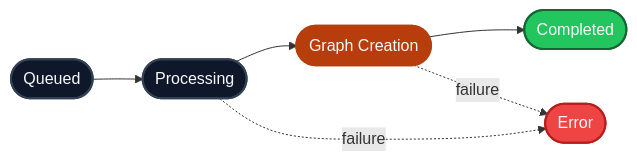
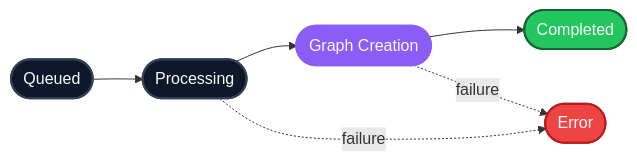
One commit to hydra-db/mintlify-docs changed the second of 2 diagrams in get-started/quickstart.mdx. Above: the diagram before and after it, drawn with Mermaid. The commit also changed other lines of this file and 1 other file, not shown here.

````diff
--- a/get-started/quickstart.mdx
+++ b/get-started/quickstart.mdx
@@ -264,14 +260,14 @@
 ```mermaid
 flowchart LR
   Q([Queued]) --> P([Processing])
   P --> G([Graph Creation])
   G --> C([Completed])
   P -.failure.-> E([Error])
   G -.failure.-> E
 
   style Q fill:#0f172a,stroke:#334155,stroke-width:2px,color:#f8fafc,stroke-linecap:round
   style P fill:#0f172a,stroke:#334155,stroke-width:2px,color:#f8fafc,stroke-linecap:round
-  style G fill:#b83d0d,stroke:#b83d0d,stroke-width:2.5px,color:#f8fafc,stroke-linecap:round
+  style G fill:#8b5cf6,stroke:#8b5cf6,stroke-width:2.5px,color:#f8fafc,stroke-linecap:round
   style C fill:#22c55e,stroke:#166534,stroke-width:2px,color:#f8fafc,stroke-linecap:round
   style E fill:#ef4444,stroke:#b91c1c,stroke-width:2px,color:#f8fafc,stroke-linecap:round
 ```
````
